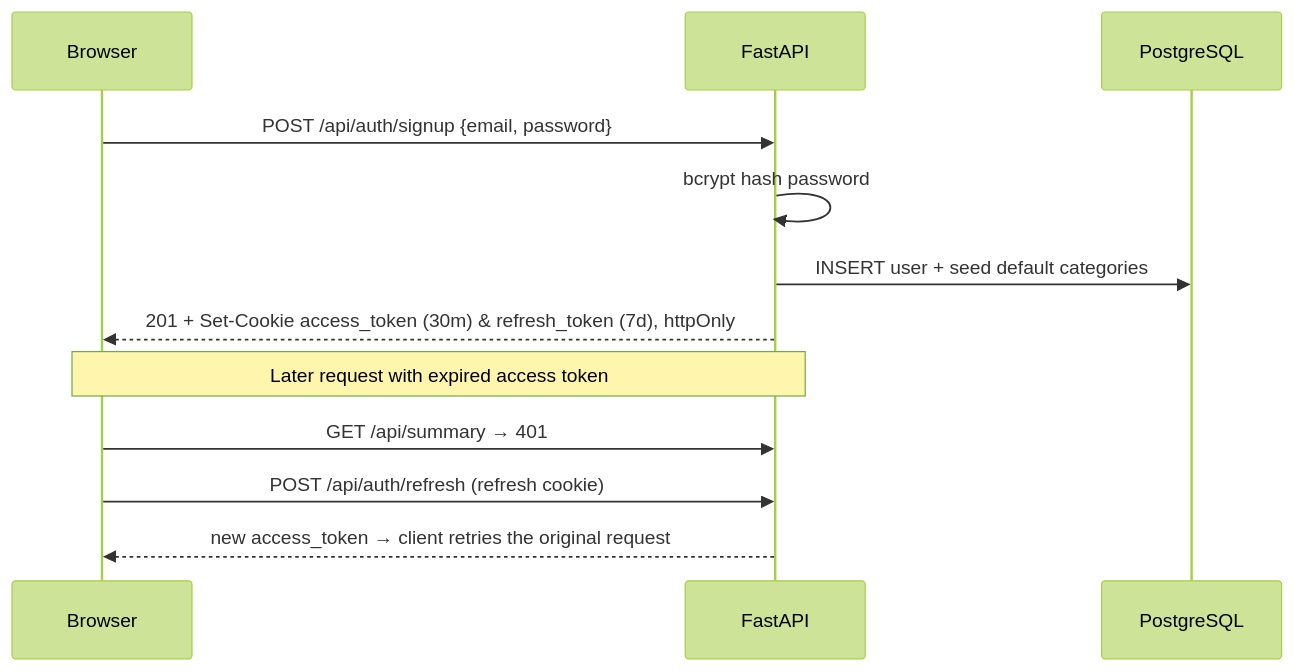
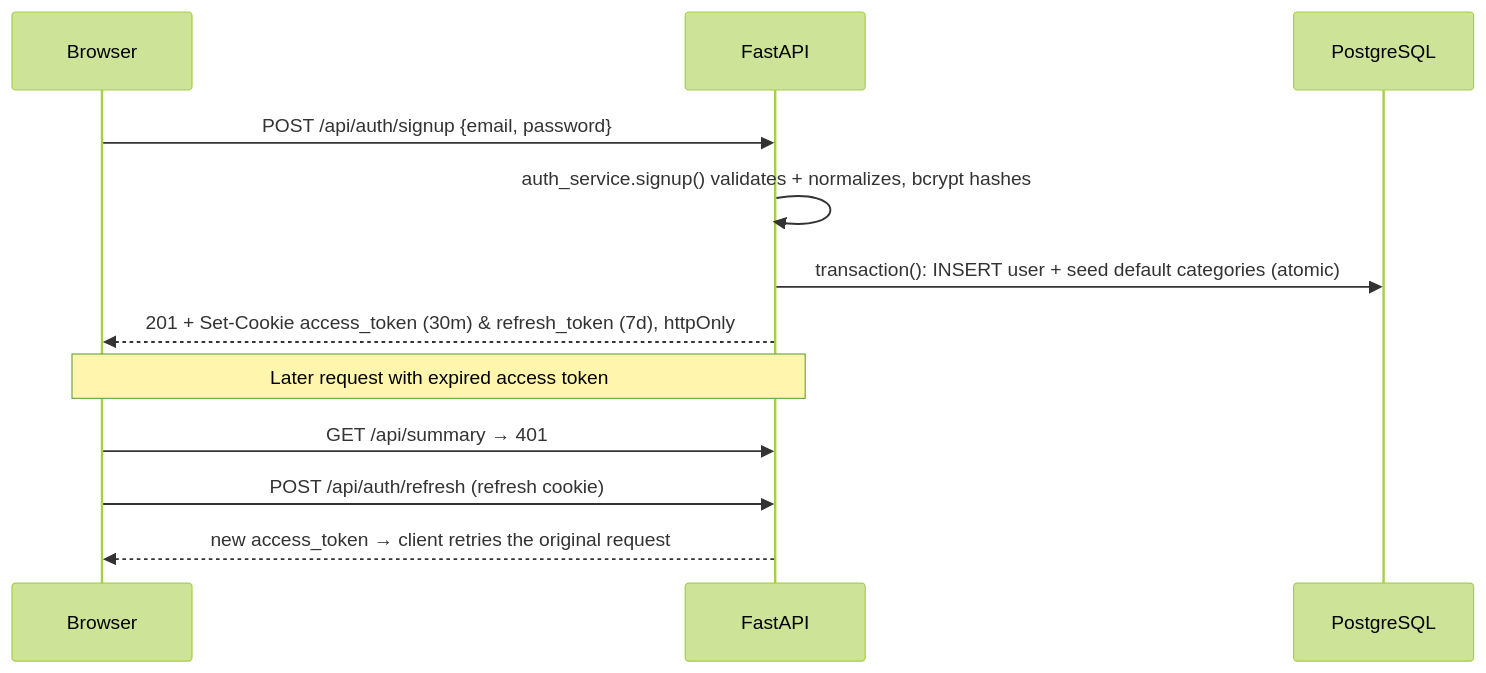
One commit to RIDHIJAIN1/Expensify changed the fourth of 8 diagrams in ARCHITECTURE.md. Above: the diagram before and after it, drawn with Mermaid (forest theme). The commit also changed other lines of this file and 57 other files, not shown here.

````diff
--- a/ARCHITECTURE.md
+++ b/ARCHITECTURE.md
@@ -119,14 +131,14 @@
 ```mermaid
 sequenceDiagram
   participant U as Browser
   participant A as FastAPI
   participant DB as PostgreSQL
   U->>A: POST /api/auth/signup {email, password}
-  A->>A: bcrypt hash password
-  A->>DB: INSERT user + seed default categories
+  A->>A: auth_service.signup() validates + normalizes, bcrypt hashes
+  A->>DB: transaction(): INSERT user + seed default categories (atomic)
   A-->>U: 201 + Set-Cookie access_token (30m) & refresh_token (7d), httpOnly
   Note over U,A: Later request with expired access token
   U->>A: GET /api/summary  → 401
   U->>A: POST /api/auth/refresh (refresh cookie)
   A-->>U: new access_token → client retries the original request
 ```
````
